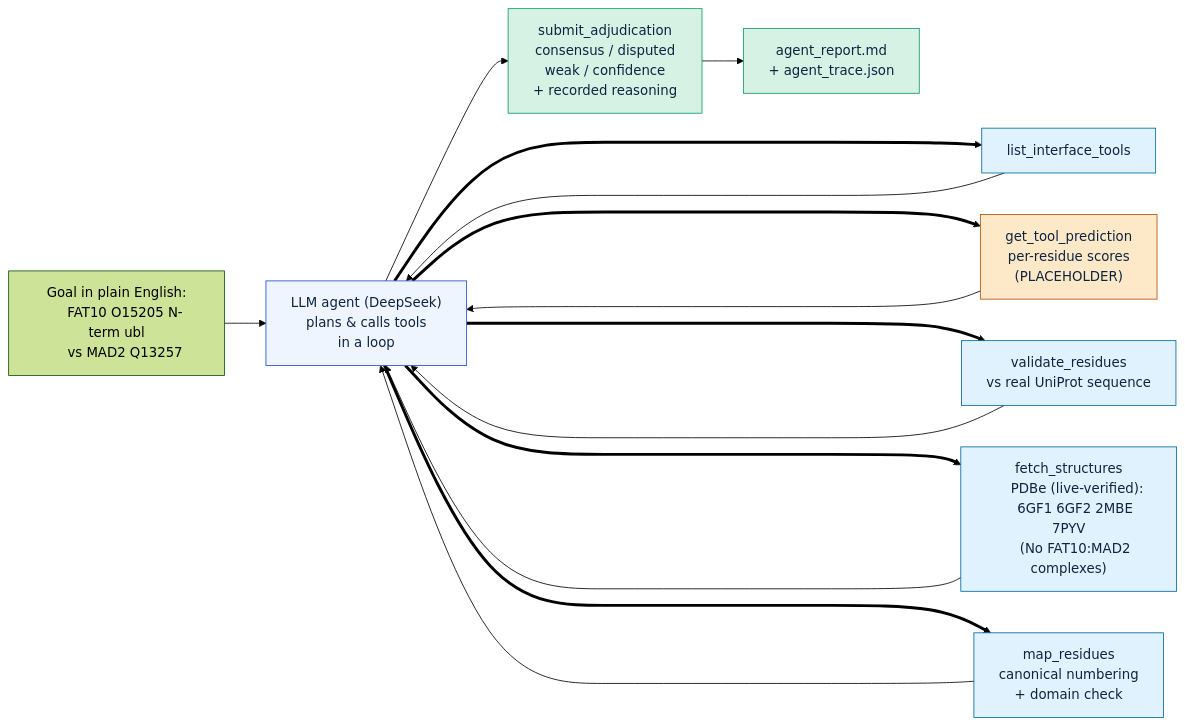
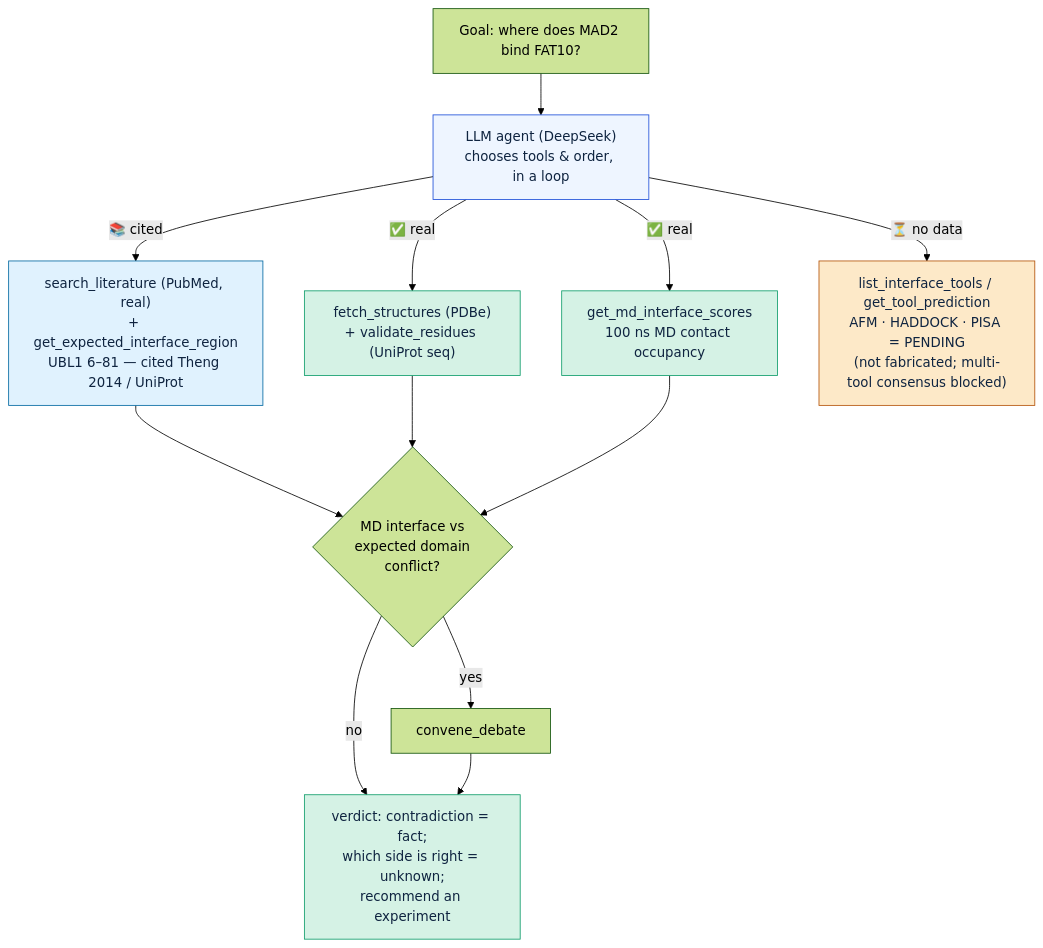
The first of 2 diagrams in FLOW.md (TLDDODO/sv-agent-poc), drawn with Mermaid (forest theme) before and after one commit. The commit also changed other lines of this file and 1 other file, not shown here.

First line of the commit message:
Stop serving fake multi-tool scores; honest pending state + rewrite FLOW

````diff
--- a/FLOW.md
+++ b/FLOW.md
@@ -17,49 +8,25 @@
 ```mermaid
-flowchart LR
-    G["Goal in plain English:
-    FAT10 O15205 N-term ubl
-    vs MAD2 Q13257"] 
-    
-    G --> AG["LLM agent (DeepSeek)
-    plans & calls tools
-    in a loop"]
+flowchart TD
+    G["Goal: where does MAD2 bind FAT10?"] --> AG["LLM agent (DeepSeek)<br/>chooses tools & order, in a loop"]
 
-    %% 工具调用并联流向（改用横向结构，避免宽度爆炸）
-    AG ====> T1["list_interface_tools"]
-    AG ====> T2["get_tool_prediction
-    per-residue scores
-    (PLACEHOLDER)"]
-    AG ====> T3["validate_residues
-    vs real UniProt sequence"]
-    AG ====> T4["fetch_structures
-    PDBe (live-verified):
-    6GF1 6GF2 2MBE 7PYV
-    (No FAT10:MAD2 complexes)"]
-    AG ====> T5["map_residues
-    canonical numbering
-    + domain check"]
+    AG -->|"📚 cited"| LIT["search_literature (PubMed, real)<br/>+ get_expected_interface_region<br/>UBL1 6–81 — cited Theng 2014 / UniProt"]
+    AG -->|"✅ real"| STR["fetch_structures (PDBe)<br/>+ validate_residues (UniProt seq)"]
+    AG -->|"✅ real"| MD["get_md_interface_scores<br/>100 ns MD contact occupancy"]
+    AG -->|"⏳ no data"| TOOLS["list_interface_tools / get_tool_prediction<br/>AFM · HADDOCK · PISA = PENDING<br/>(not fabricated; multi-tool consensus blocked)"]
 
-    T1 ----> AG
-    T2 ----> AG
-    T3 ----> AG
-    T4 ----> AG
-    T5 ----> AG
-
-    AG --> SUB["submit_adjudication
-    consensus / disputed
-    weak / confidence
-    + recorded reasoning"]
-    
-    SUB --> REP["agent_report.md
-    + agent_trace.json"]
+    LIT --> CMP{"MD interface vs<br/>expected domain<br/>conflict?"}
+    STR --> CMP
+    MD --> CMP
+    CMP -->|yes| DEB["convene_debate"]
+    CMP -->|no| OUT
+    DEB --> OUT["verdict: contradiction = fact;<br/>which side is right = unknown;<br/>recommend an experiment"]
 
     classDef agent fill:#eef5ff,stroke:#1d4ed8,color:#0f2440;
-    classDef tool fill:#e0f2fe,stroke:#0369a1,color:#0f2440;
-    classDef warn fill:#fde9c8,stroke:#b45309,color:#0f2440;
-    classDef good fill:#d5f2e5,stroke:#0f9d6b,color:#0f2440;
-    
+    classDef real fill:#d5f2e5,stroke:#0f9d6b,color:#0f2440;
+    classDef cite fill:#e0f2fe,stroke:#0369a1,color:#0f2440;
+    classDef pend fill:#fde9c8,stroke:#b45309,color:#0f2440;
     class AG agent;
-    class T1,T3,T4,T5 tool;
-    class T2 warn;
-    class SUB,REP good;
+    class STR,MD,OUT real;
+    class LIT cite;
+    class TOOLS pend;
 ```
````
